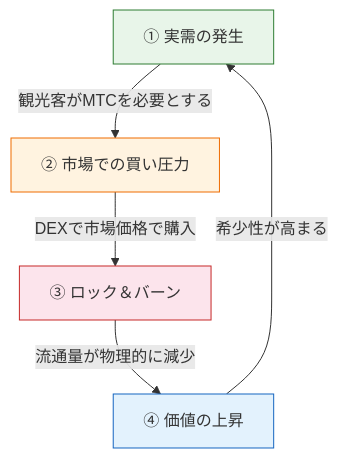
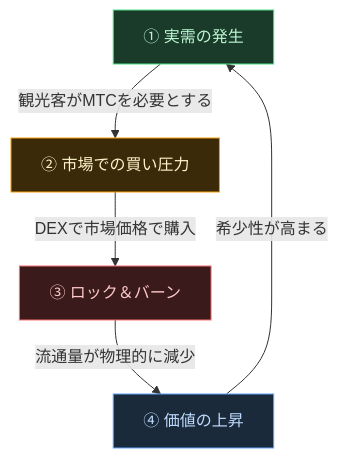
Before and after one commit to Cootakahashi/matsuri-dao-whitepaper: the first of 2 diagrams in i18n/ja/docusaurus-plugin-content-docs/current/02-vision.md, drawn with Mermaid. The commit also changed other lines of this file and 102 other files, not shown here.

````diff
--- a/i18n/ja/docusaurus-plugin-content-docs/current/02-vision.md
+++ b/i18n/ja/docusaurus-plugin-content-docs/current/02-vision.md
@@ -45,12 +45,12 @@
 ```mermaid
 graph TD
-    A["① 実需の発生"] -->|観光客がMTCを必要とする| B["② 市場での買い圧力"]
-    B -->|DEXで市場価格で購入| C["③ ロック＆バーン"]
-    C -->|流通量が物理的に減少| D["④ 価値の上昇"]
+    A["① 実需の発生"]:::step1 -->|観光客がMTCを必要とする| B["② 市場での買い圧力"]:::step2
+    B -->|DEXで市場価格で購入| C["③ ロック＆バーン"]:::step3
+    C -->|流通量が物理的に減少| D["④ 価値の上昇"]:::step4
     D -->|希少性が高まる| A
 
-    style A fill:#e8f5e9,stroke:#2e7d32
-    style B fill:#fff3e0,stroke:#ef6c00
-    style C fill:#fce4ec,stroke:#c62828
-    style D fill:#e3f2fd,stroke:#1565c0
+    classDef step1 fill:#1a3a2a,stroke:#4ade80,color:#bbf7d0
+    classDef step2 fill:#3a2a0a,stroke:#f59e0b,color:#fef3c7
+    classDef step3 fill:#3a1a1a,stroke:#f87171,color:#fecaca
+    classDef step4 fill:#1a2a3a,stroke:#60a5fa,color:#bfdbfe
 ```
````
